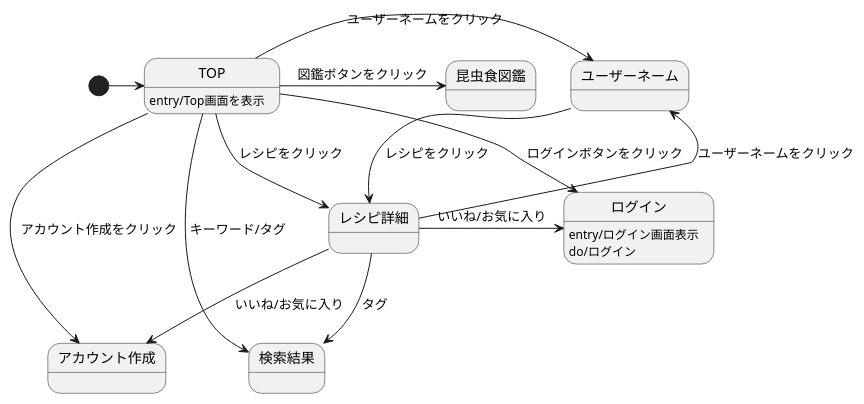
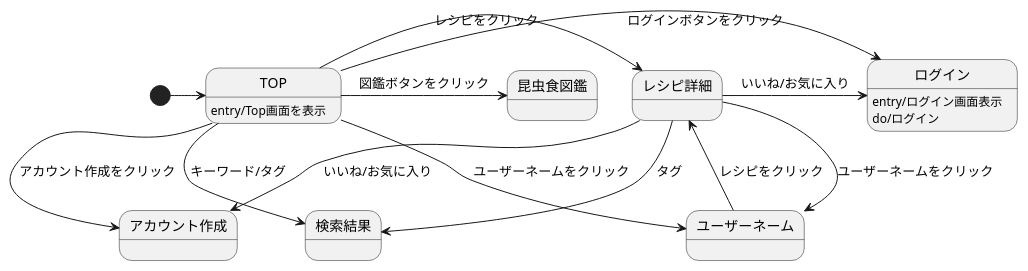
The diagram in ScreenTransitionDiagram.md (ASO2001040/bugbug-design), drawn with PlantUML before and after one commit.

````diff
--- a/ScreenTransitionDiagram.md
+++ b/ScreenTransitionDiagram.md
@@ -1,20 +1,20 @@
 ```uml
 @startuml
 [*]->TOP
 
 TOP : entry/Top画面を表示
 TOP->ログイン: ログインボタンをクリック
 TOP->アカウント作成: アカウント作成をクリック
 TOP->昆虫食図鑑: 図鑑ボタンをクリック
-TOP->ユーザーネーム: ユーザーネームをクリック
+TOP-->ユーザーネーム: ユーザーネームをクリック
 TOP->レシピ詳細: レシピをクリック
 TOP->検索結果: キーワード/タグ
 ユーザーネーム-->レシピ詳細: レシピをクリック
 レシピ詳細-->ユーザーネーム: ユーザーネームをクリック
 レシピ詳細-->検索結果: タグ
 レシピ詳細-->アカウント作成: いいね/お気に入り
 レシピ詳細->ログイン: いいね/お気に入り
 ログイン: entry/ログイン画面表示
 ログイン : do/ログイン
 @enduml
 ```
````
